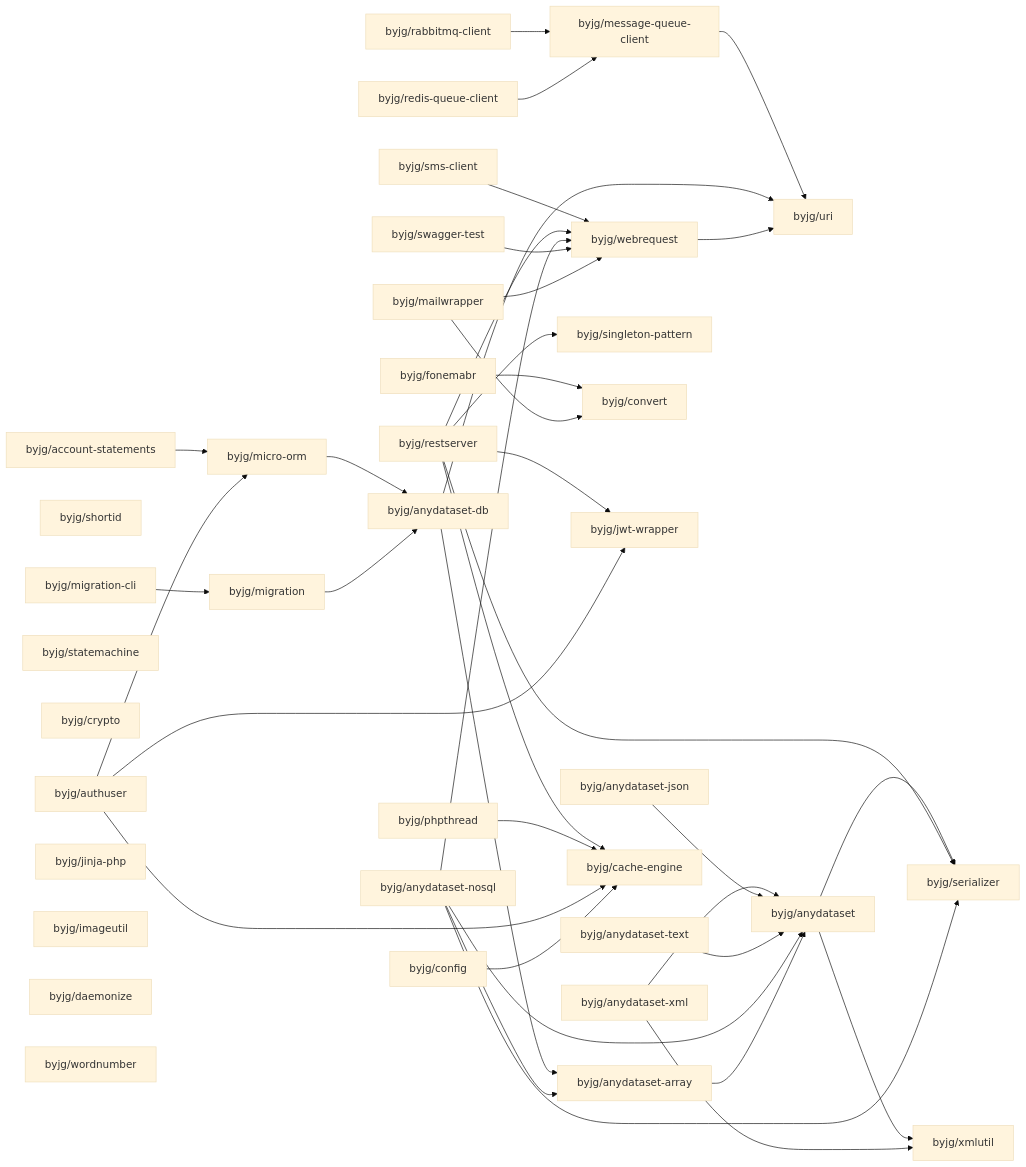
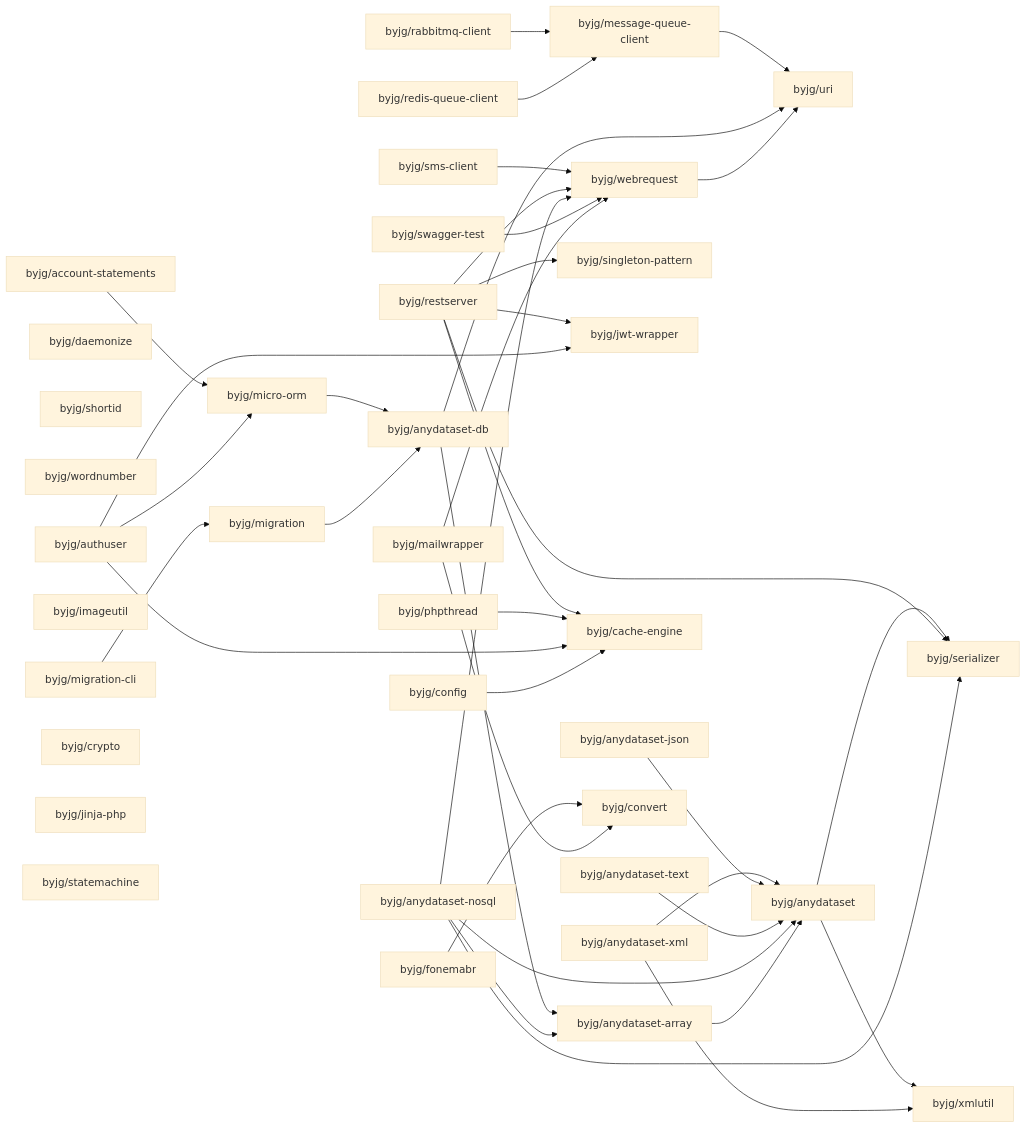
One commit to byjg/byjg.github.io changed the diagram in docs/php/README.md. Above: the diagram before and after it, drawn with Mermaid (base theme). The commit also changed other lines of this file and 5 other files, not shown here.

````diff
--- a/docs/php/README.md
+++ b/docs/php/README.md
@@ -3,76 +3,76 @@
 ```mermaid
 graph LR;
-  byjg/anydataset-text;
+  byjg/migration-cli;
+  byjg/daemonize;
+  byjg/shortid;
+  byjg/mailwrapper;
+  byjg/phpthread;
+  byjg/wordnumber;
+  byjg/swagger-test;
+  byjg/restserver;
+  byjg/authuser;
+  byjg/sms-client;
+  byjg/imageutil;
   byjg/account-statements;
-  byjg/sms-client;
-  byjg/restserver;
-  byjg/mailwrapper;
-  byjg/shortid;
-  byjg/fonemabr;
   byjg/anydataset-nosql;
-  byjg/authuser;
   byjg/rabbitmq-client;
-  byjg/statemachine;
-  byjg/phpthread;
-  byjg/swagger-test;
-  byjg/redis-queue-client;
+  byjg/config;
   byjg/crypto;
-  byjg/config;
-  byjg/migration-cli;
   byjg/jinja-php;
   byjg/anydataset-json;
-  byjg/imageutil;
-  byjg/daemonize;
-  byjg/wordnumber;
+  byjg/redis-queue-client;
+  byjg/anydataset-text;
   byjg/anydataset-xml;
+  byjg/fonemabr;
+  byjg/statemachine;
+  byjg/migration;
   byjg/singleton-pattern;
+  byjg/jwt-wrapper;
+  byjg/micro-orm;
+  byjg/webrequest;
+  byjg/cache-engine;
+  byjg/message-queue-client;
   byjg/convert;
-  byjg/micro-orm;
-  byjg/jwt-wrapper;
-  byjg/webrequest;
-  byjg/message-queue-client;
-  byjg/cache-engine;
-  byjg/migration;
   byjg/anydataset-db;
   byjg/anydataset-array;
   byjg/uri;
   byjg/anydataset;
   byjg/serializer;
   byjg/xmlutil;
   byjg/account-statements --> byjg/micro-orm;
   byjg/message-queue-client --> byjg/uri;
   byjg/anydataset --> byjg/serializer;
   byjg/anydataset --> byjg/xmlutil;
   byjg/rabbitmq-client --> byjg/message-queue-client;
   byjg/anydataset-xml --> byjg/anydataset;
   byjg/anydataset-xml --> byjg/xmlutil;
   byjg/sms-client --> byjg/webrequest;
   byjg/anydataset-db --> byjg/anydataset-array;
   byjg/anydataset-db --> byjg/uri;
   byjg/micro-orm --> byjg/anydataset-db;
   byjg/anydataset-json --> byjg/anydataset;
   byjg/restserver --> byjg/serializer;
   byjg/restserver --> byjg/singleton-pattern;
   byjg/restserver --> byjg/cache-engine;
   byjg/restserver --> byjg/webrequest;
   byjg/restserver --> byjg/jwt-wrapper;
   byjg/webrequest --> byjg/uri;
   byjg/anydataset-text --> byjg/anydataset;
   byjg/redis-queue-client --> byjg/message-queue-client;
   byjg/phpthread --> byjg/cache-engine;
   byjg/authuser --> byjg/micro-orm;
   byjg/authuser --> byjg/cache-engine;
   byjg/authuser --> byjg/jwt-wrapper;
   byjg/config --> byjg/cache-engine;
   byjg/fonemabr --> byjg/convert;
   byjg/anydataset-nosql --> byjg/anydataset;
   byjg/anydataset-nosql --> byjg/anydataset-array;
   byjg/anydataset-nosql --> byjg/serializer;
   byjg/anydataset-nosql --> byjg/webrequest;
   byjg/anydataset-array --> byjg/anydataset;
   byjg/swagger-test --> byjg/webrequest;
   byjg/migration-cli --> byjg/migration;
   byjg/migration --> byjg/anydataset-db;
   byjg/mailwrapper --> byjg/convert;
   byjg/mailwrapper --> byjg/webrequest;
 ```
````
